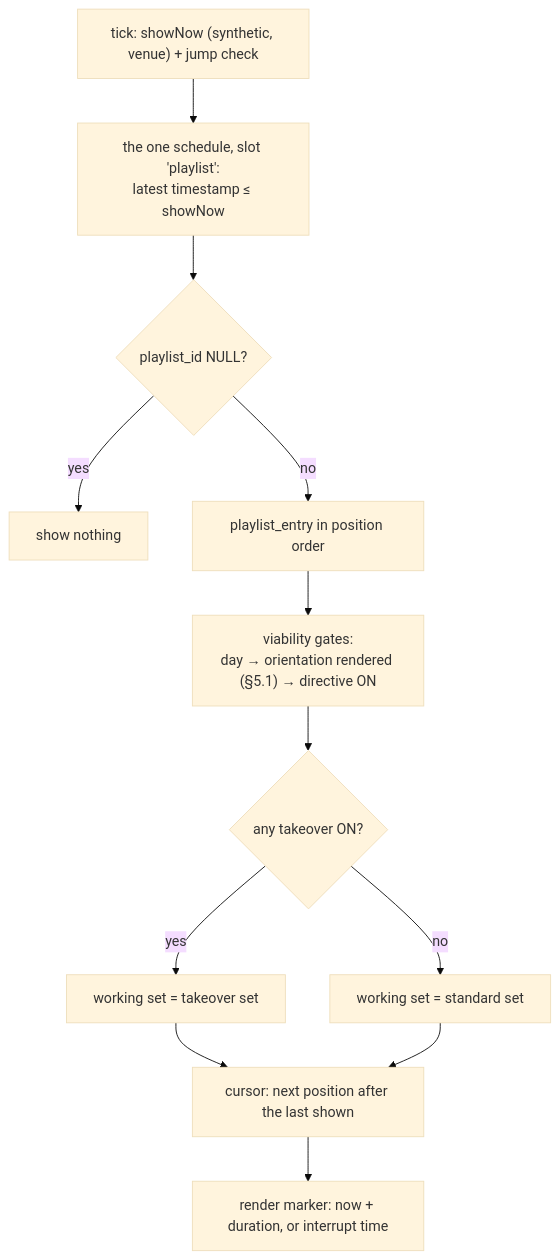
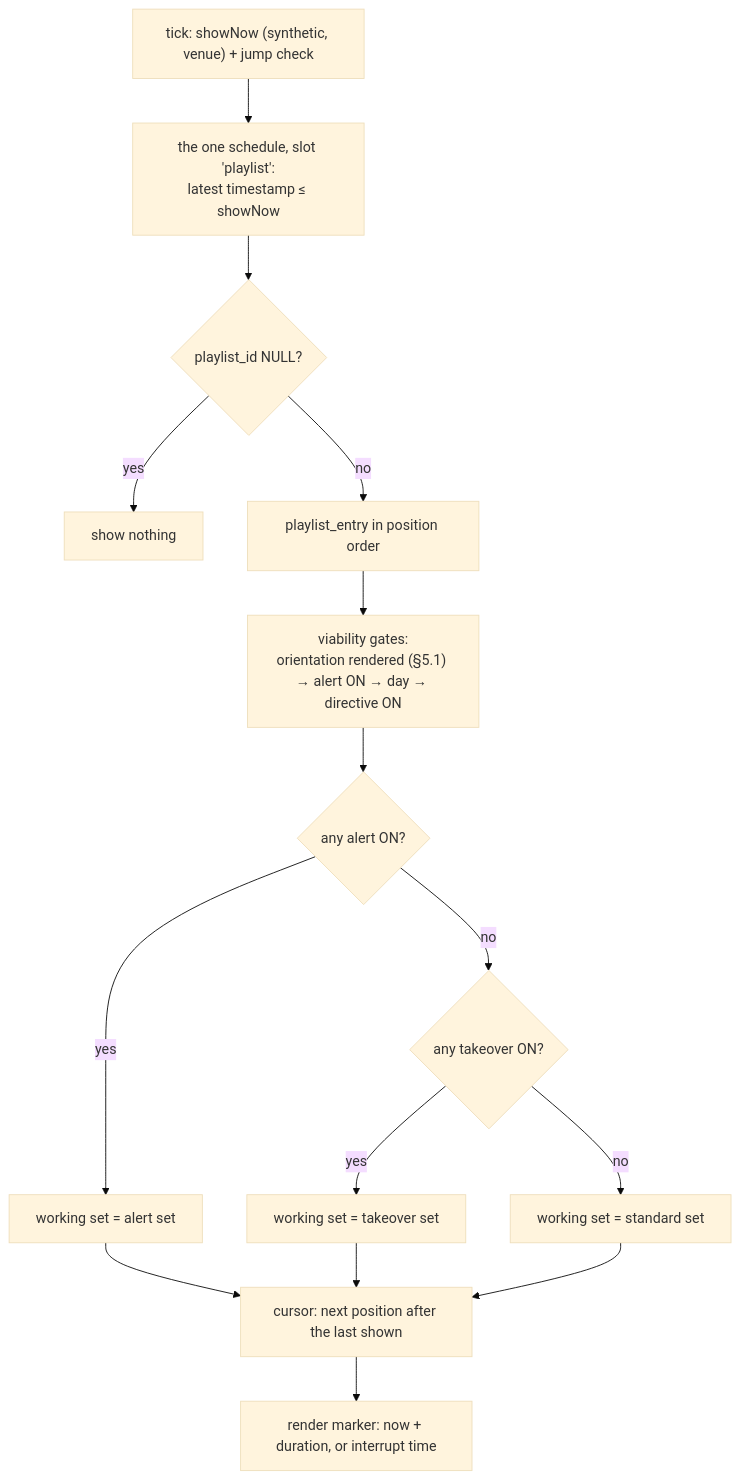
Before and after one commit to Mountain-View-Staging/marquee-cartridge-spec: the second of 3 diagrams in README.md, drawn with Mermaid (base theme). The commit also changed other lines of this file and 28 other files, not shown here.

````diff
--- a/README.md
+++ b/README.md
@@ -485,14 +485,17 @@
 ```mermaid
 flowchart TD
     A["tick: showNow (synthetic, venue) + jump check"] --> C["the one schedule, slot 'playlist':<br/>latest timestamp ≤ showNow"]
     C --> D{"playlist_id NULL?"}
     D -->|yes| E["show nothing"]
     D -->|no| F["playlist_entry in position order"]
-    F --> G["viability gates:<br/>day → orientation rendered (§5.1) → directive ON"]
-    G --> H{"any takeover ON?"}
+    F --> G["viability gates:<br/>orientation rendered (§5.1) → alert ON → day → directive ON"]
+    G --> AL{"any alert ON?"}
+    AL -->|yes| AS["working set = alert set"]
+    AL -->|no| H{"any takeover ON?"}
     H -->|yes| I["working set = takeover set"]
     H -->|no| J["working set = standard set"]
-    I --> K["cursor: next position after the last shown"]
+    AS --> K["cursor: next position after the last shown"]
+    I --> K
     J --> K
     K --> L["render marker: now + duration, or interrupt time"]
 ```
````
